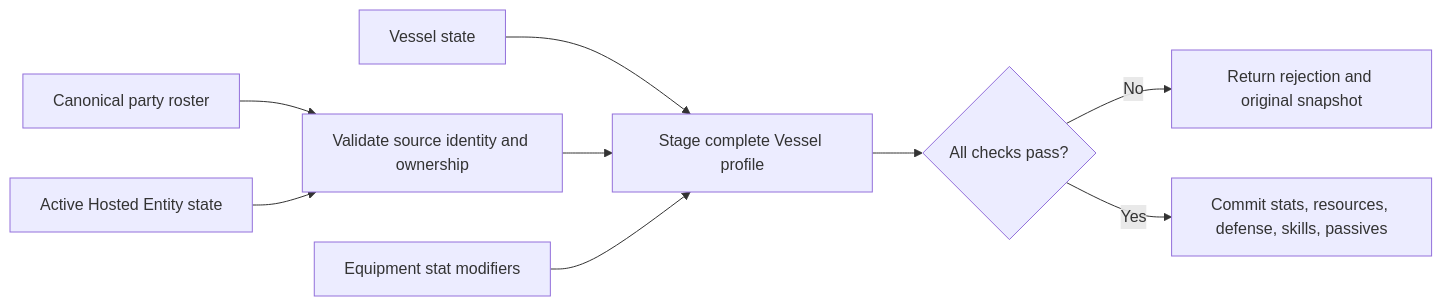
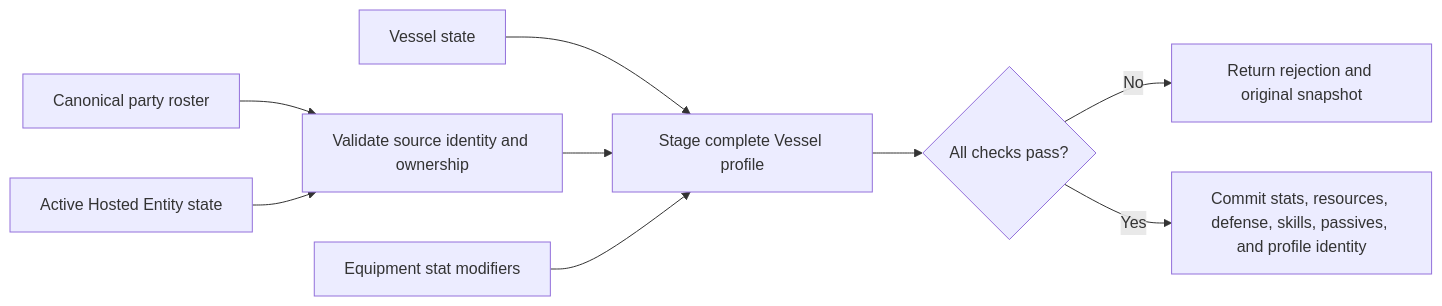
The third of 5 diagrams in docs/developer-guide/actors-and-runtime-state.md (KayelC/Convergence), drawn with Mermaid before and after one commit. The commit also changed other lines of this file and 19 other files, not shown here.

````diff
--- a/docs/developer-guide/actors-and-runtime-state.md
+++ b/docs/developer-guide/actors-and-runtime-state.md
@@ -208,11 +216,11 @@
 ```mermaid
 flowchart LR
     Roster["Canonical party roster"] --> Validate["Validate source identity and ownership"]
     Source["Active Hosted Entity state"] --> Validate
     Vessel["Vessel state"] --> Stage["Stage complete Vessel profile"]
     Validate --> Stage
     Equipment["Equipment stat modifiers"] --> Stage
     Stage --> Decision{"All checks pass?"}
     Decision -->|No| Before["Return rejection and original snapshot"]
-    Decision -->|Yes| Commit["Commit stats, resources, defense, skills, passives"]
+    Decision -->|Yes| Commit["Commit stats, resources, defense, skills, passives, and profile identity"]
 ```
````
